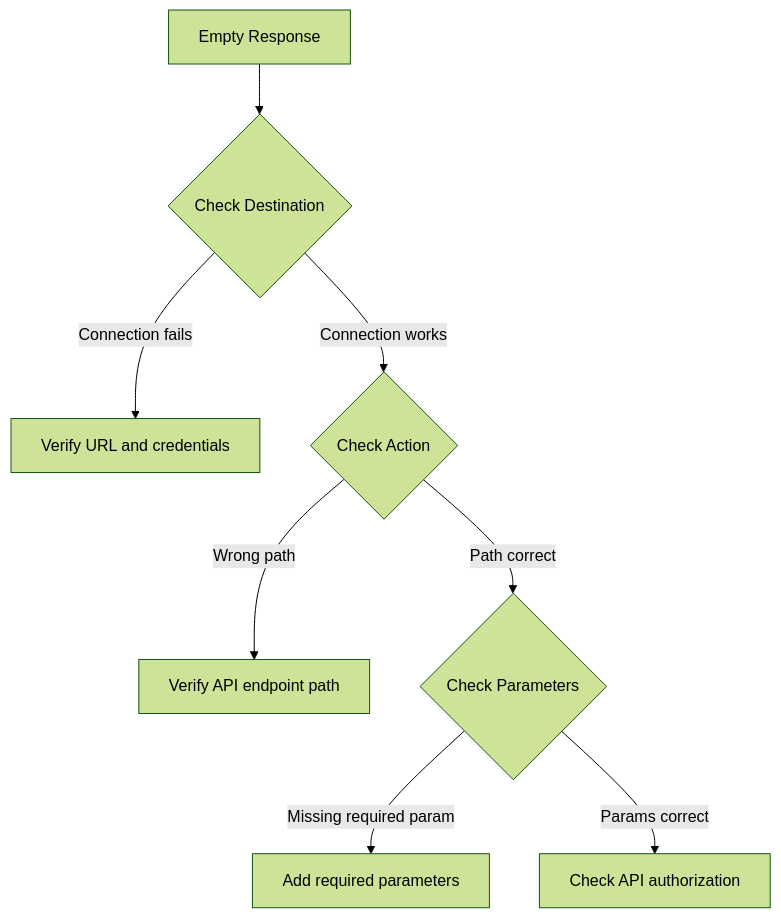
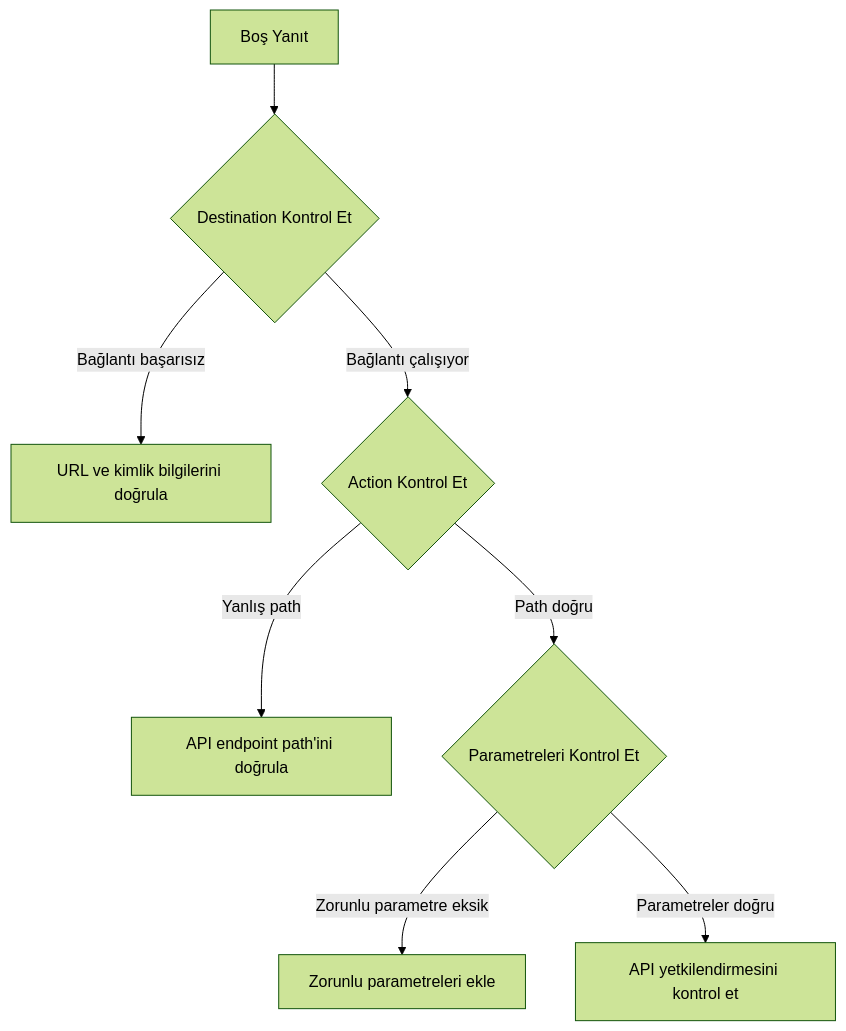
Before and after one commit to beyhanmeyrali/sap-all: the seventh of 7 diagrams in Technical Tutorials/BTP/TR/chapters/09-first-joule-skill.md, drawn with Mermaid (forest theme). The commit also changed other lines of this file and 11 other files, not shown here.

````diff
--- a/Technical Tutorials/BTP/TR/chapters/09-first-joule-skill.md
+++ b/Technical Tutorials/BTP/TR/chapters/09-first-joule-skill.md
@@ -674,10 +674,10 @@
 ```mermaid
 flowchart TD
-    A[Empty Response] --> B{Check Destination}
-    B --> |"Connection fails"| C[Verify URL and credentials]
-    B --> |"Connection works"| D{Check Action}
-    D --> |"Wrong path"| E[Verify API endpoint path]
-    D --> |"Path correct"| F{Check Parameters}
-    F --> |"Missing required param"| G[Add required parameters]
-    F --> |"Params correct"| H[Check API authorization]
+    A[Boş Yanıt] --> B{Destination Kontrol Et}
+    B --> |"Bağlantı başarısız"| C[URL ve kimlik bilgilerini doğrula]
+    B --> |"Bağlantı çalışıyor"| D{Action Kontrol Et}
+    D --> |"Yanlış path"| E[API endpoint path'ini doğrula]
+    D --> |"Path doğru"| F{Parametreleri Kontrol Et}
+    F --> |"Zorunlu parametre eksik"| G[Zorunlu parametreleri ekle]
+    F --> |"Parametreler doğru"| H[API yetkilendirmesini kontrol et]
 ```
````
